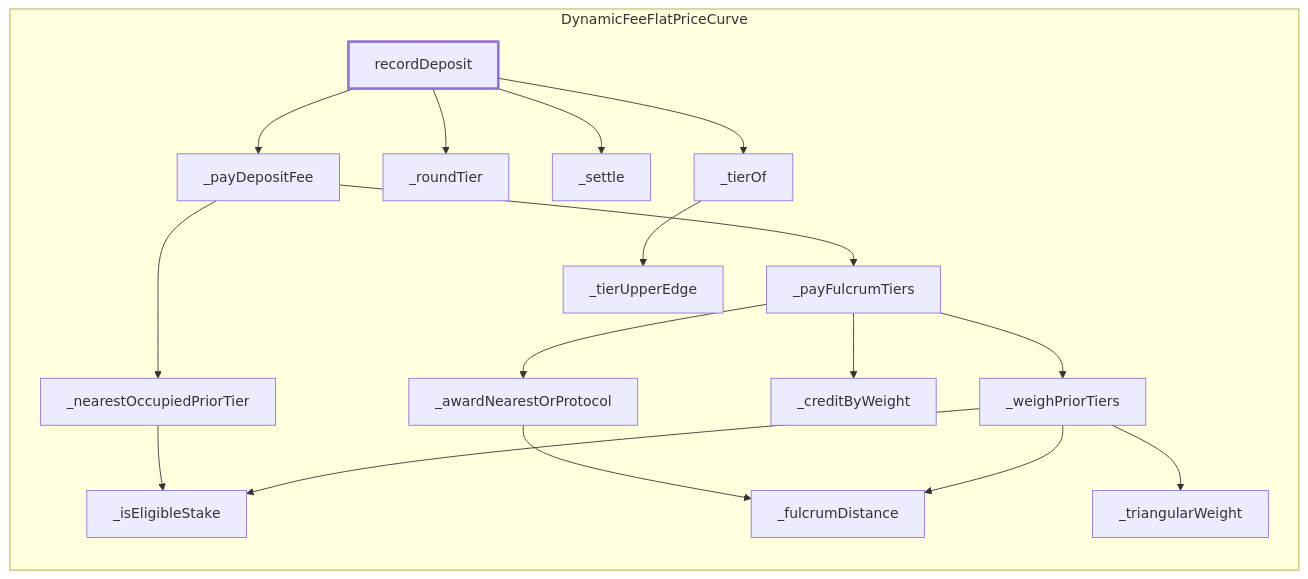
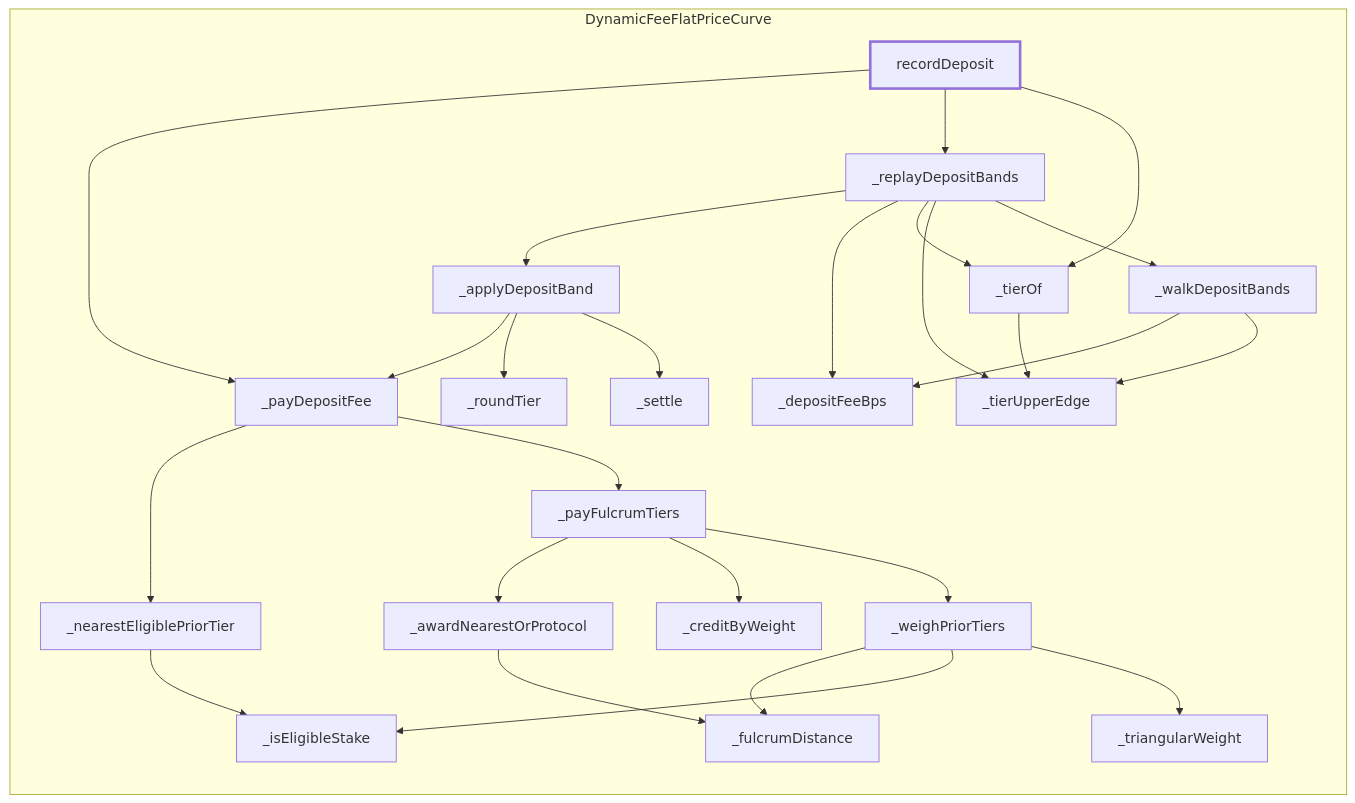
The diagram in docs/call-flows/generated/curve-record-deposit.md (0xIntuition/intuition-contracts-v2), drawn with Mermaid before and after one commit. The commit also changed other lines of this file and 57 other files, not shown here.

Commit message:
refactor: rename misleading identifiers in the dynamic-fee curve, FeeProxy, MultiVaultLib and AtomWallet

````diff
--- a/docs/call-flows/generated/curve-record-deposit.md
+++ b/docs/call-flows/generated/curve-record-deposit.md
@@ -11,35 +11,48 @@
 ```mermaid
 flowchart LR
   subgraph DynamicFeeFlatPriceCurve["DynamicFeeFlatPriceCurve"]
+    DynamicFeeFlatPriceCurve__applyDepositBand["_applyDepositBand"]
     DynamicFeeFlatPriceCurve__awardNearestOrProtocol["_awardNearestOrProtocol"]
     DynamicFeeFlatPriceCurve__creditByWeight["_creditByWeight"]
+    DynamicFeeFlatPriceCurve__depositFeeBps["_depositFeeBps"]
     DynamicFeeFlatPriceCurve__fulcrumDistance["_fulcrumDistance"]
     DynamicFeeFlatPriceCurve__isEligibleStake["_isEligibleStake"]
-    DynamicFeeFlatPriceCurve__nearestOccupiedPriorTier["_nearestOccupiedPriorTier"]
+    DynamicFeeFlatPriceCurve__nearestEligiblePriorTier["_nearestEligiblePriorTier"]
     DynamicFeeFlatPriceCurve__payDepositFee["_payDepositFee"]
     DynamicFeeFlatPriceCurve__payFulcrumTiers["_payFulcrumTiers"]
+    DynamicFeeFlatPriceCurve__replayDepositBands["_replayDepositBands"]
     DynamicFeeFlatPriceCurve__roundTier["_roundTier"]
     DynamicFeeFlatPriceCurve__settle["_settle"]
     DynamicFeeFlatPriceCurve__tierOf["_tierOf"]
     DynamicFeeFlatPriceCurve__tierUpperEdge["_tierUpperEdge"]
     DynamicFeeFlatPriceCurve__triangularWeight["_triangularWeight"]
+    DynamicFeeFlatPriceCurve__walkDepositBands["_walkDepositBands"]
     DynamicFeeFlatPriceCurve__weighPriorTiers["_weighPriorTiers"]
     DynamicFeeFlatPriceCurve_recordDeposit["recordDeposit"]
   end
   DynamicFeeFlatPriceCurve_recordDeposit --> DynamicFeeFlatPriceCurve__payDepositFee
-  DynamicFeeFlatPriceCurve_recordDeposit --> DynamicFeeFlatPriceCurve__roundTier
-  DynamicFeeFlatPriceCurve_recordDeposit --> DynamicFeeFlatPriceCurve__settle
+  DynamicFeeFlatPriceCurve_recordDeposit --> DynamicFeeFlatPriceCurve__replayDepositBands
   DynamicFeeFlatPriceCurve_recordDeposit --> DynamicFeeFlatPriceCurve__tierOf
-  DynamicFeeFlatPriceCurve__payDepositFee --> DynamicFeeFlatPriceCurve__nearestOccupiedPriorTier
+  DynamicFeeFlatPriceCurve__payDepositFee --> DynamicFeeFlatPriceCurve__nearestEligiblePriorTier
   DynamicFeeFlatPriceCurve__payDepositFee --> DynamicFeeFlatPriceCurve__payFulcrumTiers
+  DynamicFeeFlatPriceCurve__replayDepositBands --> DynamicFeeFlatPriceCurve__applyDepositBand
+  DynamicFeeFlatPriceCurve__replayDepositBands --> DynamicFeeFlatPriceCurve__depositFeeBps
+  DynamicFeeFlatPriceCurve__replayDepositBands --> DynamicFeeFlatPriceCurve__tierOf
+  DynamicFeeFlatPriceCurve__replayDepositBands --> DynamicFeeFlatPriceCurve__tierUpperEdge
+  DynamicFeeFlatPriceCurve__replayDepositBands --> DynamicFeeFlatPriceCurve__walkDepositBands
   DynamicFeeFlatPriceCurve__tierOf --> DynamicFeeFlatPriceCurve__tierUpperEdge
-  DynamicFeeFlatPriceCurve__nearestOccupiedPriorTier --> DynamicFeeFlatPriceCurve__isEligibleStake
+  DynamicFeeFlatPriceCurve__nearestEligiblePriorTier --> DynamicFeeFlatPriceCurve__isEligibleStake
   DynamicFeeFlatPriceCurve__payFulcrumTiers --> DynamicFeeFlatPriceCurve__awardNearestOrProtocol
   DynamicFeeFlatPriceCurve__payFulcrumTiers --> DynamicFeeFlatPriceCurve__creditByWeight
   DynamicFeeFlatPriceCurve__payFulcrumTiers --> DynamicFeeFlatPriceCurve__weighPriorTiers
+  DynamicFeeFlatPriceCurve__applyDepositBand --> DynamicFeeFlatPriceCurve__payDepositFee
+  DynamicFeeFlatPriceCurve__applyDepositBand --> DynamicFeeFlatPriceCurve__roundTier
+  DynamicFeeFlatPriceCurve__applyDepositBand --> DynamicFeeFlatPriceCurve__settle
+  DynamicFeeFlatPriceCurve__walkDepositBands --> DynamicFeeFlatPriceCurve__depositFeeBps
+  DynamicFeeFlatPriceCurve__walkDepositBands --> DynamicFeeFlatPriceCurve__tierUpperEdge
   DynamicFeeFlatPriceCurve__awardNearestOrProtocol --> DynamicFeeFlatPriceCurve__fulcrumDistance
   DynamicFeeFlatPriceCurve__weighPriorTiers --> DynamicFeeFlatPriceCurve__fulcrumDistance
   DynamicFeeFlatPriceCurve__weighPriorTiers --> DynamicFeeFlatPriceCurve__isEligibleStake
   DynamicFeeFlatPriceCurve__weighPriorTiers --> DynamicFeeFlatPriceCurve__triangularWeight
   style DynamicFeeFlatPriceCurve_recordDeposit stroke-width:3px
 ```
````
